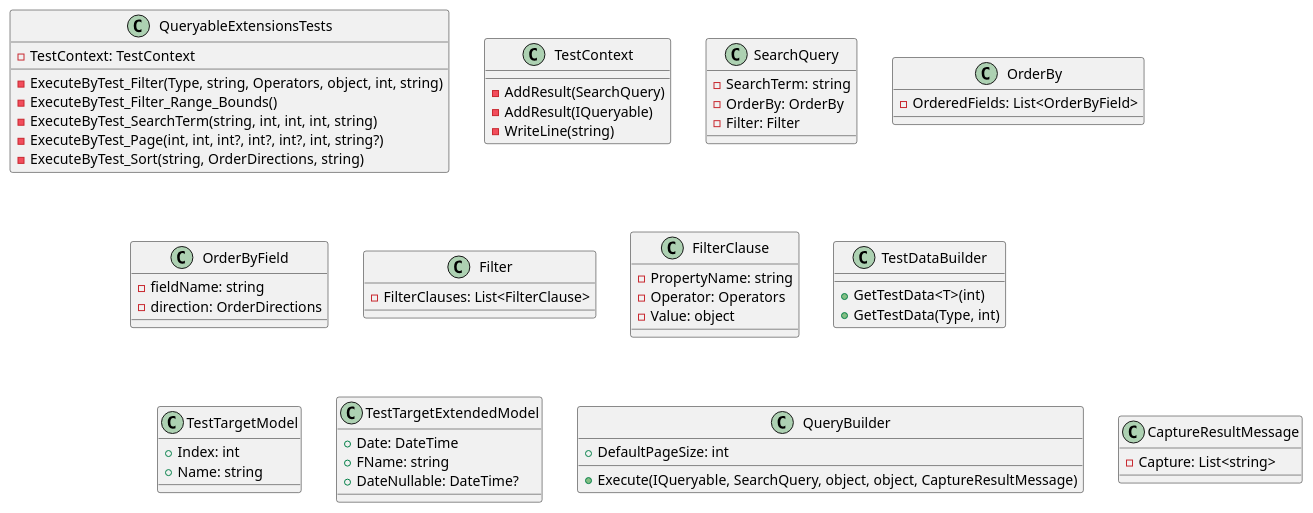
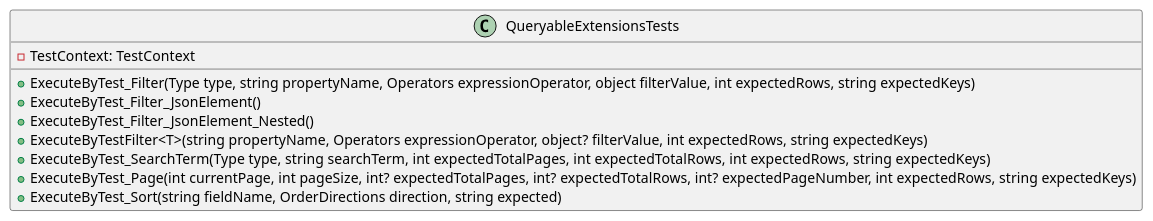
One commit to mwwhited-forks/dotnet-libs changed the first of 3 diagrams in docs/generated/Framework/Eliassen.System.Tests/Linq/Documentation.md. Above: the diagram before and after it, drawn with PlantUML. The commit also changed other lines of this file and 444 other files, not shown here.

````diff
--- a/docs/generated/Framework/Eliassen.System.Tests/Linq/Documentation.md
+++ b/docs/generated/Framework/Eliassen.System.Tests/Linq/Documentation.md
@@ -4,69 +10,15 @@
 ```plantuml
 @startuml
 class QueryableExtensionsTests {
   - TestContext: TestContext
-  - ExecuteByTest_Filter(Type, string, Operators, object, int, string)
-  - ExecuteByTest_Filter_Range_Bounds()
-  - ExecuteByTest_SearchTerm(string, int, int, int, string)
-  - ExecuteByTest_Page(int, int, int?, int?, int?, int, string?)
-  - ExecuteByTest_Sort(string, OrderDirections, string)
-}
-
-class TestContext {
-  - AddResult(SearchQuery)
-  - AddResult(IQueryable)
-  - WriteLine(string)
-}
-
-class SearchQuery {
-  - SearchTerm: string
-  - OrderBy: OrderBy
-  - Filter: Filter
-}
-
-class OrderBy {
-  - OrderedFields: List<OrderByField>
-}
-
-class OrderByField {
-  - fieldName: string
-  - direction: OrderDirections
-}
-
-class Filter {
-  - FilterClauses: List<FilterClause>
-}
-
-class FilterClause {
-  - PropertyName: string
-  - Operator: Operators
-  - Value: object
-}
-
-class TestDataBuilder {
-  + GetTestData<T>(int)
-  + GetTestData(Type, int)
-}
-
-class TestTargetModel {
-  + Index: int
-  + Name: string
-}
-
-class TestTargetExtendedModel {
-  + Date: DateTime
-  + FName: string
-  + DateNullable: DateTime?
-}
-
-class QueryBuilder {
-  + Execute(IQueryable, SearchQuery, object, object, CaptureResultMessage)
-  + DefaultPageSize: int
-}
-
-class CaptureResultMessage {
-  - Capture: List<string>
+  + ExecuteByTest_Filter(Type type, string propertyName, Operators expressionOperator, object filterValue, int expectedRows, string expectedKeys)
+  + ExecuteByTest_Filter_JsonElement()
+  + ExecuteByTest_Filter_JsonElement_Nested()
+  + ExecuteByTestFilter<T>(string propertyName, Operators expressionOperator, object? filterValue, int expectedRows, string expectedKeys)
+  + ExecuteByTest_SearchTerm(Type type, string searchTerm, int expectedTotalPages, int expectedTotalRows, int expectedRows, string expectedKeys)
+  + ExecuteByTest_Page(int currentPage, int pageSize, int? expectedTotalPages, int? expectedTotalRows, int? expectedPageNumber, int expectedRows, string expectedKeys)
+  + ExecuteByTest_Sort(string fieldName, OrderDirections direction, string expected)
 }
 
 @enduml
 ```
````
